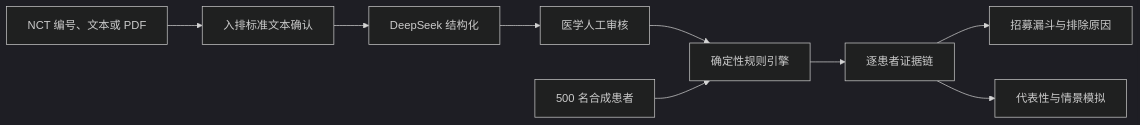
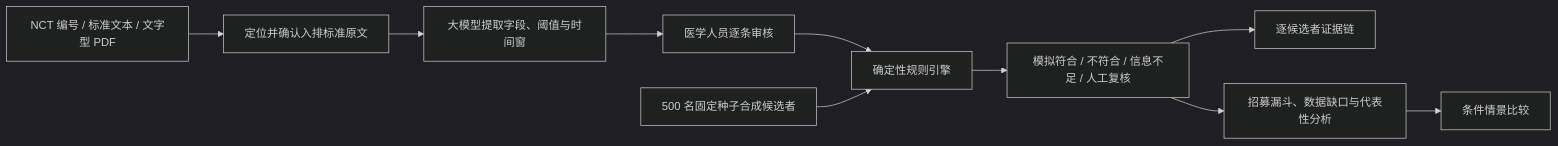
One commit to liziyaaa/TrialScopeAI changed the diagram in README.md. Above: the diagram before and after it, drawn with Mermaid (dark theme). The commit also changed other lines of this file and 2 other files, not shown here.

````diff
--- a/README.md
+++ b/README.md
@@ -14,11 +29,12 @@
 ```mermaid
 flowchart LR
-    A["NCT 编号、文本或 PDF"] --> B["入排标准文本确认"]
-    B --> C["DeepSeek 结构化"]
-    C --> D["医学人工审核"]
+    A["NCT 编号 / 标准文本 / 文字型 PDF"] --> B["定位并确认入排标准原文"]
+    B --> C["大模型提取字段、阈值与时间窗"]
+    C --> D["医学人员逐条审核"]
     D --> E["确定性规则引擎"]
-    F["500 名合成患者"] --> E
-    E --> G["逐患者证据链"]
-    G --> H["招募漏斗与排除原因"]
-    G --> I["代表性与情景模拟"]
+    F["500 名固定种子合成候选者"] --> E
+    E --> G["模拟符合 / 不符合 / 信息不足 / 人工复核"]
+    G --> H["逐候选者证据链"]
+    G --> I["招募漏斗、数据缺口与代表性分析"]
+    I --> J["条件情景比较"]
 ```
````
